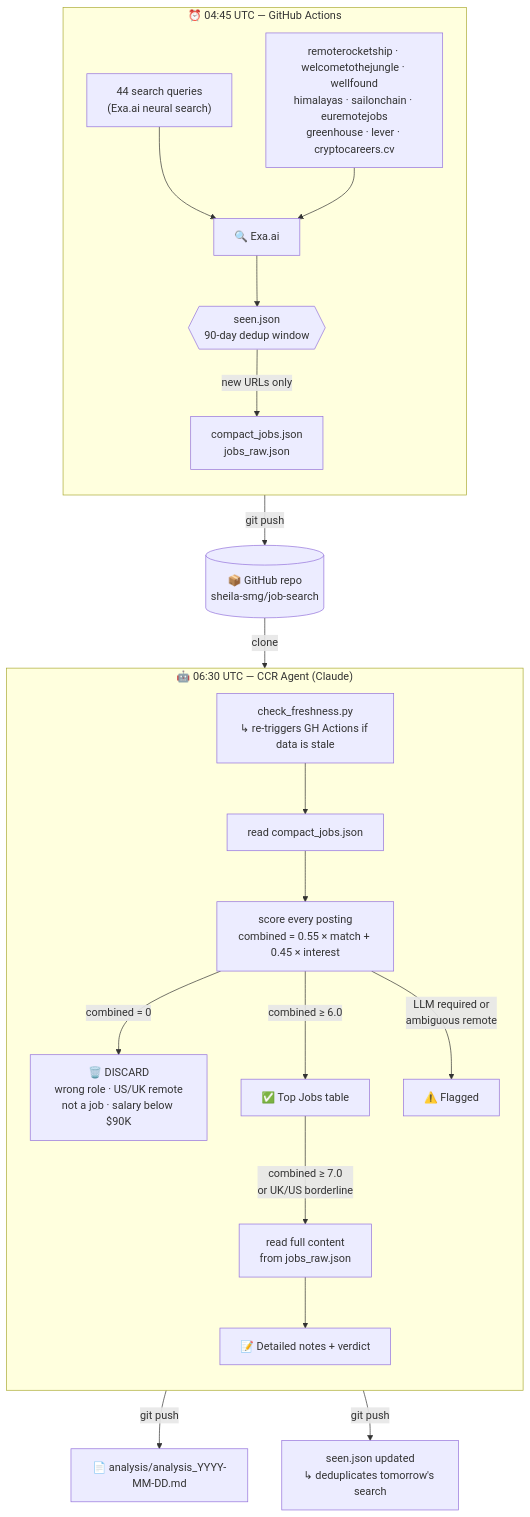
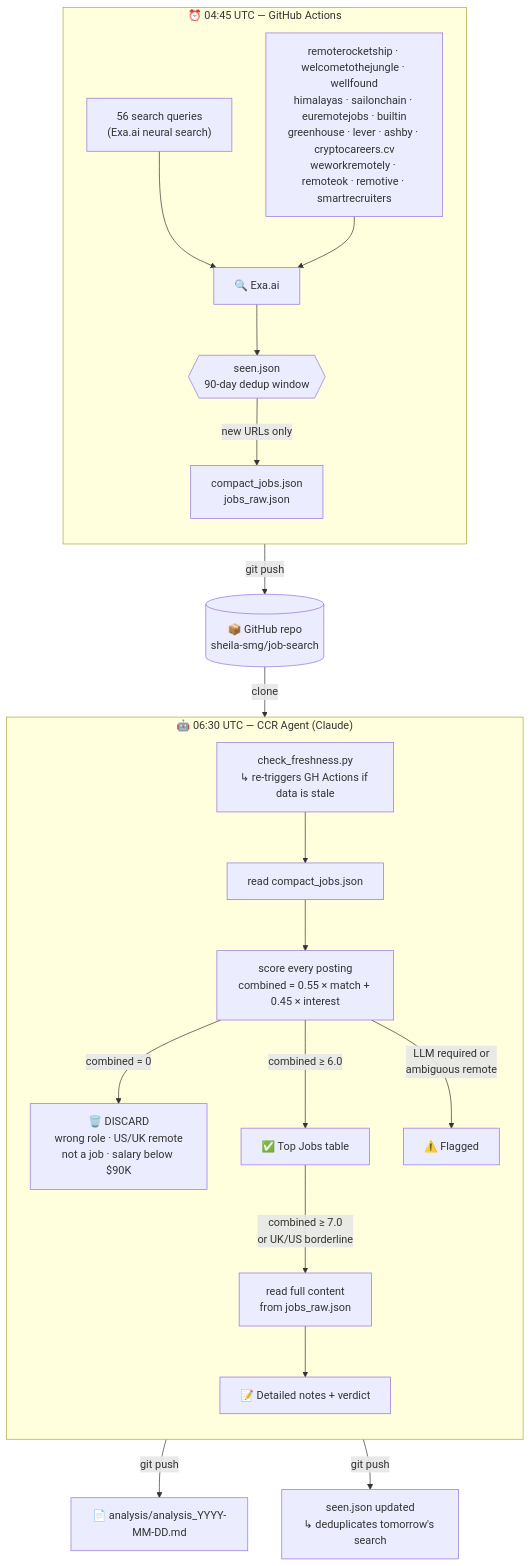
Before and after one commit to sheila-smg/job-search: the diagram in WORKFLOW.md, drawn with Mermaid. The commit also changed other lines of this file and 2 other files, not shown here.

Commit message:
Widen search: 56 queries (was 42), 20 results/query, new boards, noise filters
- New queries: EU/global remote net + risk-adjacent domains (forecasting,
  fraud, sports betting odds, dynamic pricing, payments)
- New boards: Ashby, WeWorkRemotely, RemoteOK, Remotive, SmartRecruiters
- Exclude noise at source (LinkedIn posts, freelancer profiles, news sites)
  and pre-filter Built In articles/company pages, ghost.io blogs
- Scoring criteria unchanged

````diff
--- a/WORKFLOW.md
+++ b/WORKFLOW.md
@@ -11,28 +11,28 @@
 ```mermaid
 flowchart TD
     subgraph GHA["⏰ 04:45 UTC — GitHub Actions"]
         direction TB
-        Q["44 search queries\n(Exa.ai neural search)"]
-        BOARDS["remoterocketship · welcometothejungle · wellfound\nhimalayas · sailonchain · euremotejobs\ngreenhouse · lever · cryptocareers.cv"]
+        Q["56 search queries\n(Exa.ai neural search)"]
+        BOARDS["remoterocketship · welcometothejungle · wellfound\nhimalayas · sailonchain · euremotejobs · builtin\ngreenhouse · lever · ashby · cryptocareers.cv\nweworkremotely · remoteok · remotive · smartrecruiters"]
         Q & BOARDS --> EXA["🔍 Exa.ai"]
         EXA --> DEDUP{{"seen.json\n90-day dedup window"}}
         DEDUP -->|new URLs only| FILES["compact_jobs.json\njobs_raw.json"]
     end
 
     subgraph CCR["🤖 06:30 UTC — CCR Agent  (Claude)"]
         direction TB
         FRESH["check_freshness.py\n↳ re-triggers GH Actions if data is stale"]
         FRESH --> READ["read compact_jobs.json"]
         READ --> SCORE["score every posting\ncombined = 0.55 × match + 0.45 × interest"]
         SCORE -->|"combined = 0"| DISC["🗑️ DISCARD\nwrong role · US/UK remote\nnot a job · salary below $90K"]
         SCORE -->|"combined ≥ 6.0"| TOP["✅ Top Jobs table"]
         SCORE -->|"LLM required or\nambiguous remote"| FLAG["⚠️ Flagged"]
         TOP -->|"combined ≥ 7.0\nor UK/US borderline"| FULL["read full content\nfrom jobs_raw.json"]
         FULL --> NOTES["📝 Detailed notes + verdict"]
     end
 
     GHA -->|git push| REPO[("📦 GitHub repo\nsheila-smg/job-search")]
     REPO -->|clone| CCR
     CCR -->|git push| OUT["📄 analysis/analysis_YYYY-MM-DD.md"]
     CCR -->|git push| SEENUP["seen.json updated\n↳ deduplicates tomorrow's search"]
 ```
````
